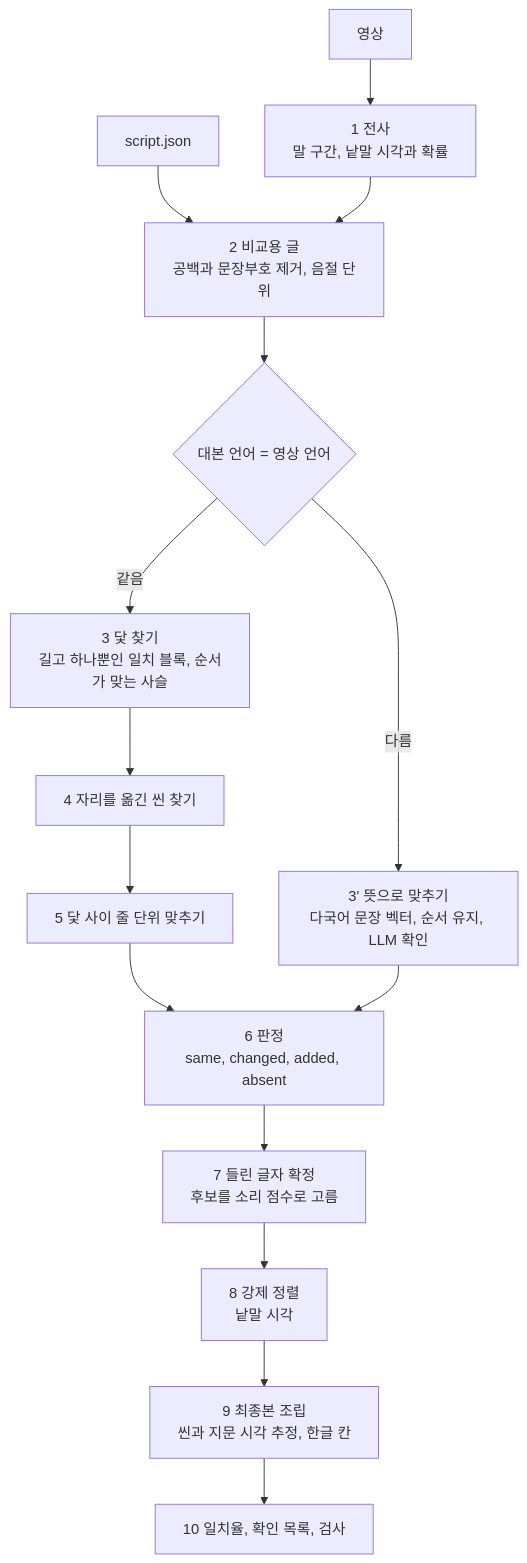
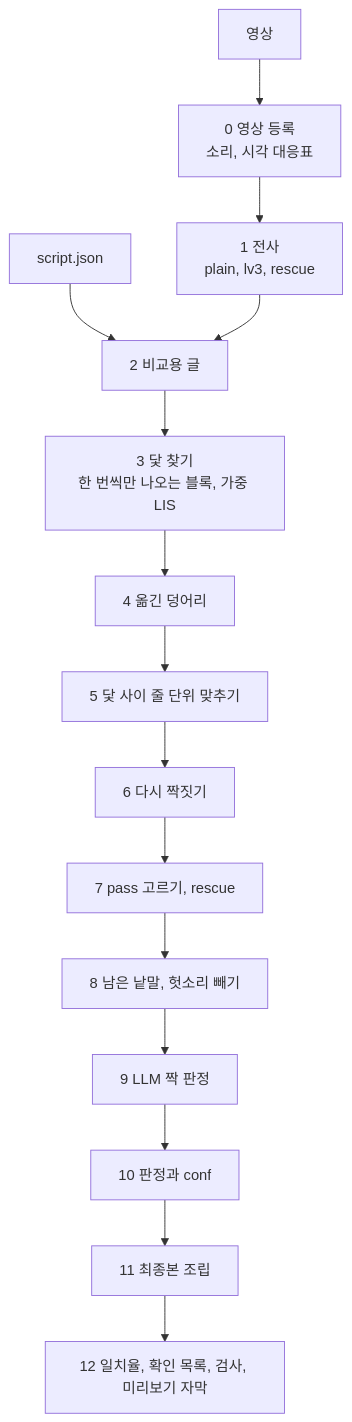
The second of 2 diagrams in OVERVIEW.md (jonghyun02/KU_soft_team5), drawn with Mermaid before and after one commit. The commit also changed other lines of this file and 11 other files, not shown here.

````diff
--- a/OVERVIEW.md
+++ b/OVERVIEW.md
@@ -189,17 +256,17 @@
 ```mermaid
 flowchart TD
-  V["영상"] --> A1["1 전사<br>말 구간, 낱말 시각과 확률"]
-  S["script.json"] --> N["2 비교용 글<br>공백과 문장부호 제거, 음절 단위"]
+  V["영상"] --> T["0 영상 등록<br>소리, 시각 대응표"]
+  T --> A1["1 전사<br>plain, lv3, rescue"]
+  S["script.json"] --> N["2 비교용 글"]
   A1 --> N
-  N --> L{"대본 언어 = 영상 언어"}
-  L -- "같음" --> AN["3 닻 찾기<br>길고 하나뿐인 일치 블록, 순서가 맞는 사슬"]
-  L -- "다름" --> TR["3' 뜻으로 맞추기<br>다국어 문장 벡터, 순서 유지, LLM 확인"]
-  AN --> MV["4 자리를 옮긴 씬 찾기"]
+  N --> AN["3 닻 찾기<br>한 번씩만 나오는 블록, 가중 LIS"]
+  AN --> MV["4 옮긴 덩어리"]
   MV --> LN["5 닻 사이 줄 단위 맞추기"]
-  LN --> J["6 판정<br>same, changed, added, absent"]
-  TR --> J
-  J --> H["7 들린 글자 확정<br>후보를 소리 점수로 고름"]
-  H --> F["8 강제 정렬<br>낱말 시각"]
-  F --> O["9 최종본 조립<br>씬과 지문 시각 추정, 한글 칸"]
-  O --> Q["10 일치율, 확인 목록, 검사"]
+  LN --> RP["6 다시 짝짓기"]
+  RP --> PK["7 pass 고르기, rescue"]
+  PK --> LO["8 남은 낱말, 헛소리 빼기"]
+  LO --> LJ["9 LLM 짝 판정"]
+  LJ --> J["10 판정과 conf"]
+  J --> O["11 최종본 조립"]
+  O --> Q["12 일치율, 확인 목록, 검사, 미리보기 자막"]
 ```
````
